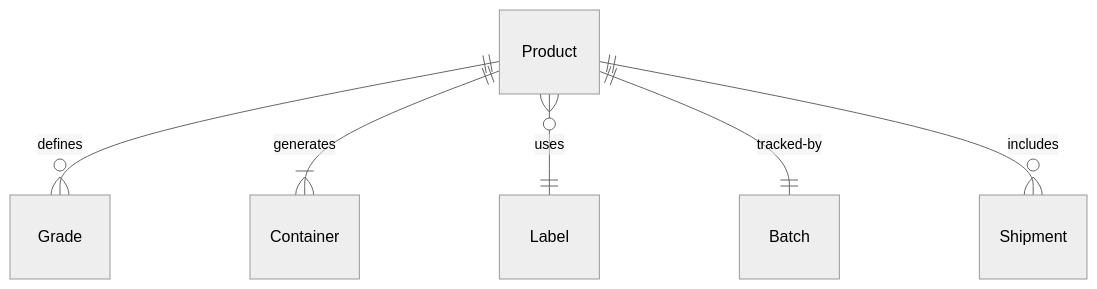
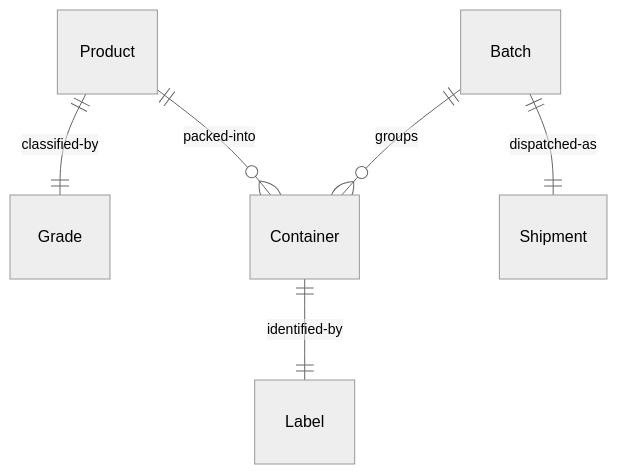
One commit to dot-org-ai/tasks.org.ai changed the first of 4 diagrams in HandlingAndMovingObjects/PackageObjects/PackageAgriculturalProductsShipmentFurther.mdx. Above: the diagram before and after it, drawn with Mermaid (neutral theme). The commit also changed other lines of this file and 515 other files, not shown here.

````diff
--- a/HandlingAndMovingObjects/PackageObjects/PackageAgriculturalProductsShipmentFurther.mdx
+++ b/HandlingAndMovingObjects/PackageObjects/PackageAgriculturalProductsShipmentFurther.mdx
@@ -89,8 +89,8 @@
 ```mermaid
 erDiagram
-    Product ||--o{ Grade : "defines"
-    Product ||--|{ Container : "generates"
-    Product }o--|| Label : "uses"
-    Product ||--|| Batch : "tracked-by"
-    Product ||--o{ Shipment : "includes"
+    Product ||--|| Grade : "classified-by"
+    Product ||--o{ Container : "packed-into"
+    Container ||--|| Label : "identified-by"
+    Batch ||--o{ Container : "groups"
+    Batch ||--|| Shipment : "dispatched-as"
 ```
````
